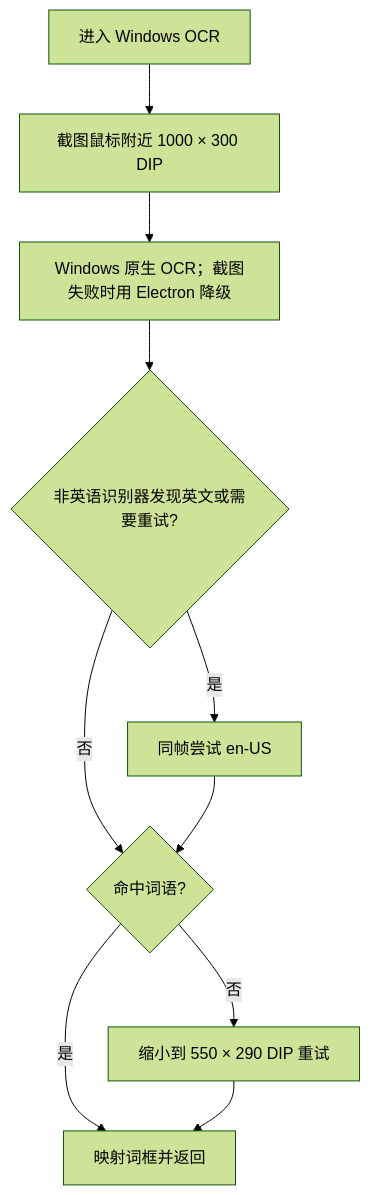
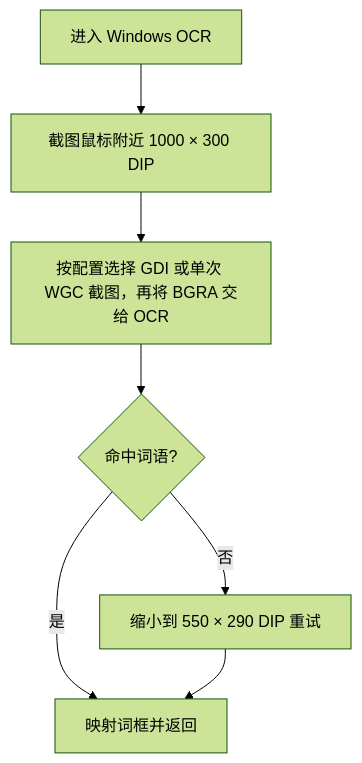
Before and after one commit to manxingxing/Dictol: the third of 7 diagrams in docs/hover-and-screenshot-translation-flows.md, drawn with Mermaid (forest theme). The commit also changed other lines of this file and 54 other files, not shown here.

````diff
--- a/docs/hover-and-screenshot-translation-flows.md
+++ b/docs/hover-and-screenshot-translation-flows.md
@@ -39,12 +38,9 @@
 ```mermaid
 flowchart TD
     A[进入 Windows OCR] --> B[截图鼠标附近 1000 × 300 DIP]
-    B --> C[Windows 原生 OCR；截图失败时用 Electron 降级]
-    C --> D{非英语识别器发现英文或需要重试?}
-    D -->|是| E[同帧尝试 en-US]
-    D -->|否| F{命中词语?}
-    E --> F
+    B --> C[按配置选择 GDI 或单次 WGC 截图，再将 BGRA 交给 OCR]
+    C --> F{命中词语?}
     F -->|否| G[缩小到 550 × 290 DIP 重试]
     F -->|是| H[映射词框并返回]
     G --> H
 ```
````
